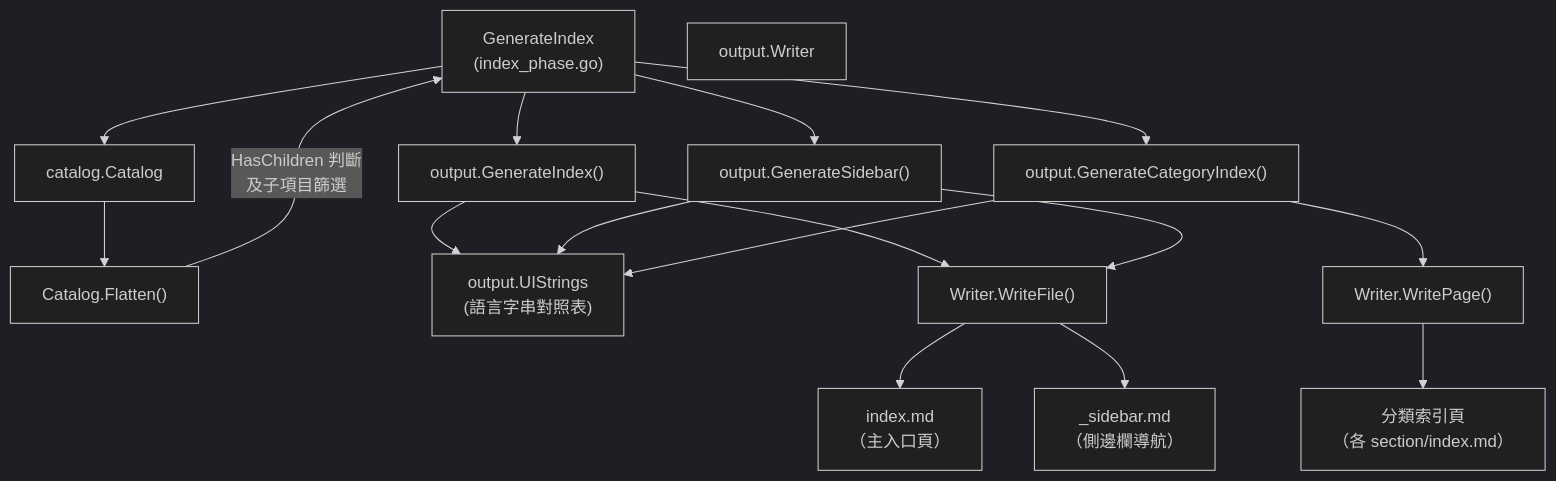
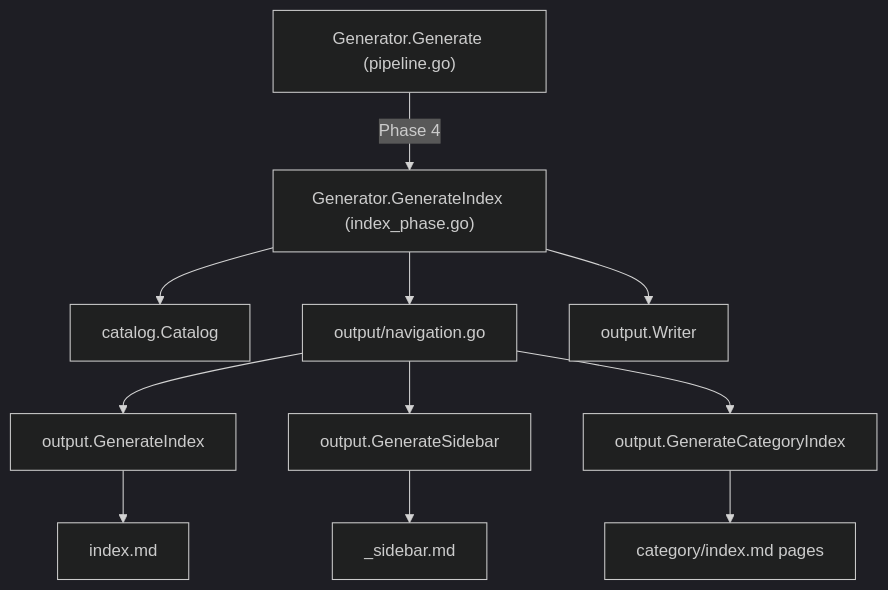
One commit to monkenWu/selfmd-claude-code changed the first of 2 diagrams in docs/core-modules/generator/index-phase/index.md. Above: the diagram before and after it, drawn with Mermaid (dark theme). The commit also changed other lines of this file and 145 other files, not shown here.

````diff
--- a/docs/core-modules/generator/index-phase/index.md
+++ b/docs/core-modules/generator/index-phase/index.md
@@ -17,34 +17,29 @@
 ```mermaid
 flowchart TD
-    GenerateIndex["GenerateIndex\n(index_phase.go)"]
+    Pipeline["Generator.Generate (pipeline.go)"]
+    IndexPhase["Generator.GenerateIndex (index_phase.go)"]
     Catalog["catalog.Catalog"]
-    Flatten["Catalog.Flatten()"]
-    navGenIndex["output.GenerateIndex()"]
-    navGenSidebar["output.GenerateSidebar()"]
-    navGenCategory["output.GenerateCategoryIndex()"]
-    Writer["output.Writer"]
-    UIStrings["output.UIStrings\n(語言字串對照表)"]
+    NavModule["output/navigation.go"]
+    WriterModule["output.Writer"]
 
-    WriteFile["Writer.WriteFile()"]
-    WritePage["Writer.WritePage()"]
+    GenIndex["output.GenerateIndex"]
+    GenSidebar["output.GenerateSidebar"]
+    GenCatIdx["output.GenerateCategoryIndex"]
 
-    outIndex["index.md\n（主入口頁）"]
-    outSidebar["_sidebar.md\n（側邊欄導航）"]
-    outCatPages["分類索引頁\n（各 section/index.md）"]
+    IndexMD["index.md"]
+    SidebarMD["_sidebar.md"]
+    CatPages["category/index.md pages"]
 
-    GenerateIndex --> Catalog
-    Catalog --> Flatten
-    GenerateIndex --> navGenIndex
-    GenerateIndex --> navGenSidebar
-    GenerateIndex --> navGenCategory
+    Pipeline -->|"Phase 4"| IndexPhase
+    IndexPhase --> Catalog
+    IndexPhase --> NavModule
+    IndexPhase --> WriterModule
 
-    navGenIndex --> UIStrings
-    navGenSidebar --> UIStrings
-    navGenCategory --> UIStrings
+    NavModule --> GenIndex
+    NavModule --> GenSidebar
+    NavModule --> GenCatIdx
 
-    navGenIndex --> WriteFile --> outIndex
-    navGenSidebar --> WriteFile --> outSidebar
-    navGenCategory --> WritePage --> outCatPages
-
-    Flatten -->|"HasChildren 判斷\n及子項目篩選"| GenerateIndex
+    GenIndex --> IndexMD
+    GenSidebar --> SidebarMD
+    GenCatIdx --> CatPages
 ```
````
